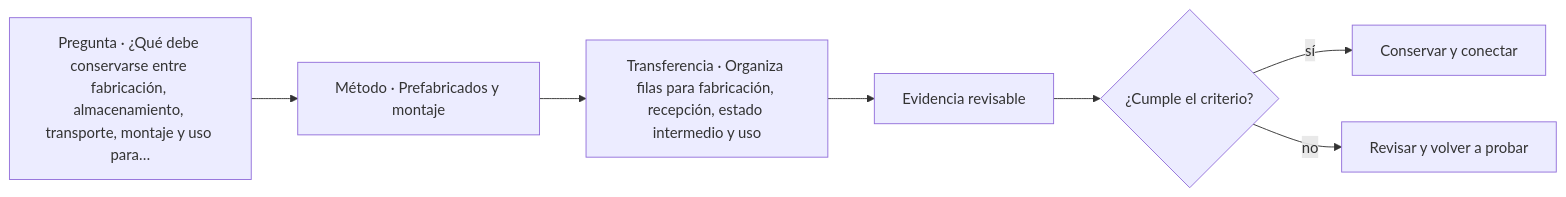
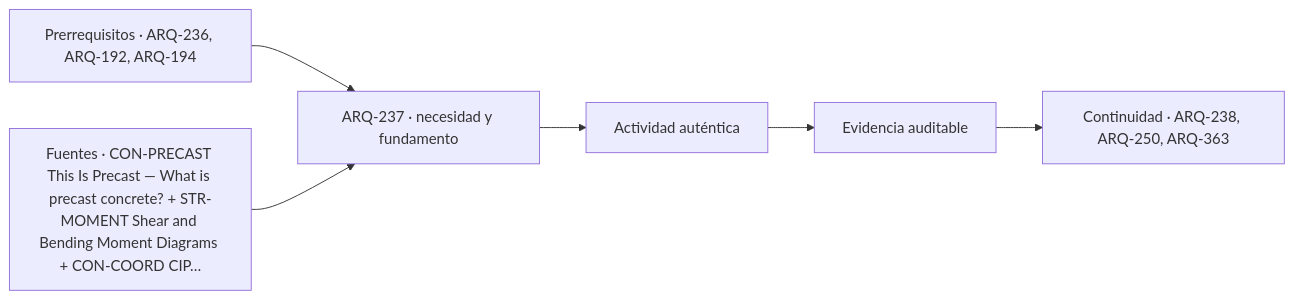
Before and after one commit to vladimiracunadev-create/architecture-built-environment-learning-program: the diagram in classes/parte-24/ARQ-237.md, drawn with Mermaid. The commit also changed other lines of this file and 761 other files, not shown here.

````diff
--- a/classes/parte-24/ARQ-237.md
+++ b/classes/parte-24/ARQ-237.md
@@ -122,9 +134,8 @@
 ```mermaid
 flowchart LR
-    Q["Pregunta · ¿Qué debe conservarse entre fabricación, almacenamiento, transporte, montaje y uso para…"] --> M["Método · Prefabricados y montaje"]
-    M --> P["Transferencia · Organiza filas para fabricación, recepción, estado intermedio y uso"]
-    P --> E["Evidencia revisable"]
-    E --> C{"¿Cumple el criterio?"}
-    C -->|sí| T["Conservar y conectar"]
-    C -->|no| R["Revisar y volver a probar"]
+    A["Prerrequisitos · ARQ-236, ARQ-192, ARQ-194"] --> B["ARQ-237 · necesidad y fundamento"]
+    S["Fuentes · CON-PRECAST This Is Precast — What is precast concrete? + STR-MOMENT Shear and Bending Moment Diagrams + CON-COORD CIP…"] --> B
+    B --> C["Actividad auténtica"]
+    C --> D["Evidencia auditable"]
+    D --> E["Continuidad · ARQ-238, ARQ-250, ARQ-363"]
 ```
````
